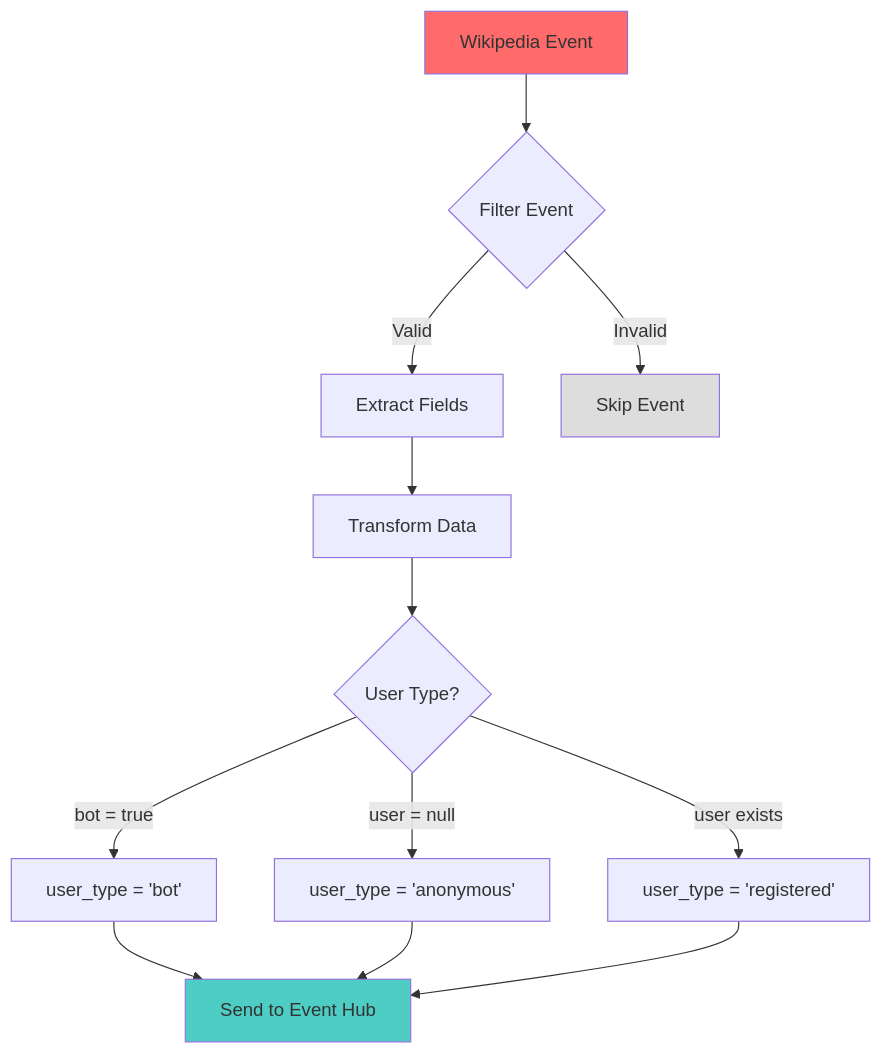
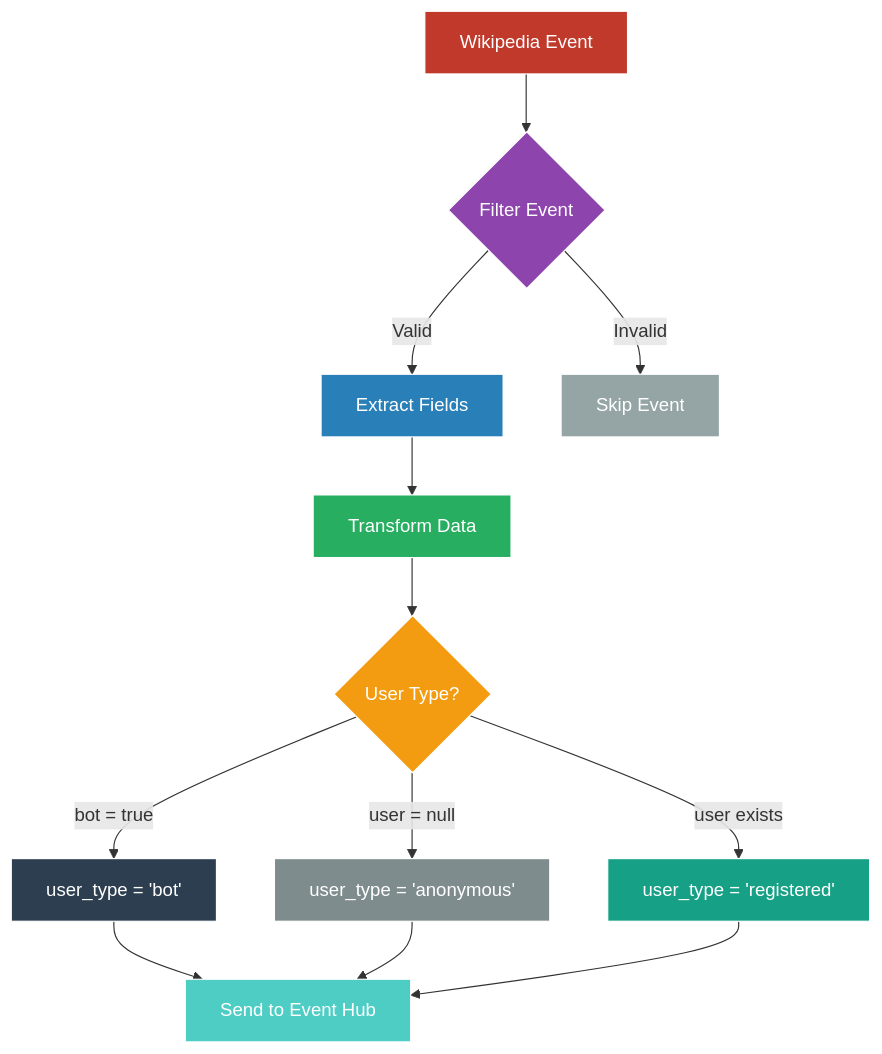
One commit to CanKumet/WikipediaAnalyticsWithAzure changed the third of 3 diagrams in Readme.md. Above: the diagram before and after it, drawn with Mermaid.

````diff
--- a/Readme.md
+++ b/Readme.md
@@ -147,21 +147,28 @@
 ```mermaid
 flowchart TD
     A[Wikipedia Event] --> B{Filter Event}
     B -->|Valid| C[Extract Fields]
     B -->|Invalid| X[Skip Event]
     
     C --> D[Transform Data]
     D --> E{User Type?}
     
     E -->|bot = true| F[user_type = 'bot']
     E -->|user = null| G[user_type = 'anonymous']
     E -->|user exists| H[user_type = 'registered']
     
     F --> I[Send to Event Hub]
     G --> I
     H --> I
     
-    style A fill:#ff6b6b
-    style I fill:#4ecdc4
-    style X fill:#ddd
+style A fill:#c0392b,stroke:#fff,color:#fff
+    style B fill:#8e44ad,stroke:#fff,color:#fff
+    style C fill:#2980b9,stroke:#fff,color:#fff
+    style D fill:#27ae60,stroke:#fff,color:#fff
+    style E fill:#f39c12,stroke:#fff,color:#fff
+    style F fill:#2c3e50,stroke:#fff,color:#fff
+    style G fill:#7f8c8d,stroke:#fff,color:#fff
+    style H fill:#16a085,stroke:#fff,color:#fff
+    style I fill:#4ecdc4,stroke:#fff,color:#fff
+    style X fill:#95a5a6,stroke:#fff,color:#fff
 ```
````
